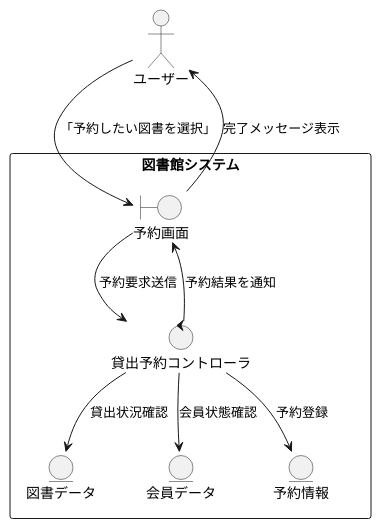
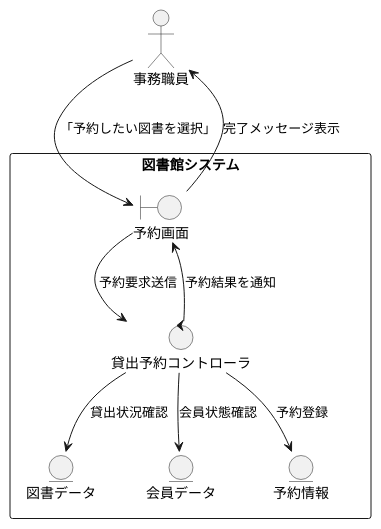
Before and after one commit to okayuuma/ohara_uml: the diagram in group/07_web_visitor/kouka.pu, drawn with PlantUML.

```diff
--- a/group/07_web_visitor/kouka.pu
+++ b/group/07_web_visitor/kouka.pu
@@ -1,21 +1,21 @@
 @startuml
-actor ユーザー
+actor 事務職員
 
 rectangle 図書館システム {
   boundary 予約画面
   control 貸出予約コントローラ
   entity 図書データ
   entity 会員データ
   entity 予約情報
 }
 
-ユーザー --> 予約画面 : 「予約したい図書を選択」
+事務職員 --> 予約画面 : 「予約したい図書を選択」
 予約画面 --> 貸出予約コントローラ : 予約要求送信
 貸出予約コントローラ --> 図書データ : 貸出状況確認
 貸出予約コントローラ --> 会員データ : 会員状態確認
 貸出予約コントローラ --> 予約情報 : 予約登録
 
 貸出予約コントローラ --> 予約画面 : 予約結果を通知
-予約画面 --> ユーザー : 完了メッセージ表示
+予約画面 --> 事務職員 : 完了メッセージ表示
 
 @enduml
```
